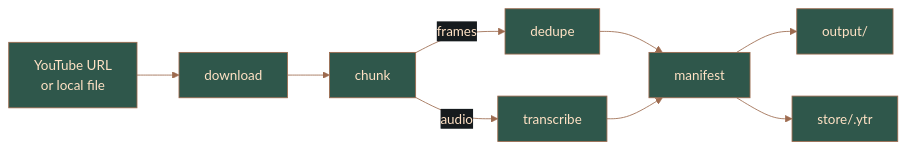
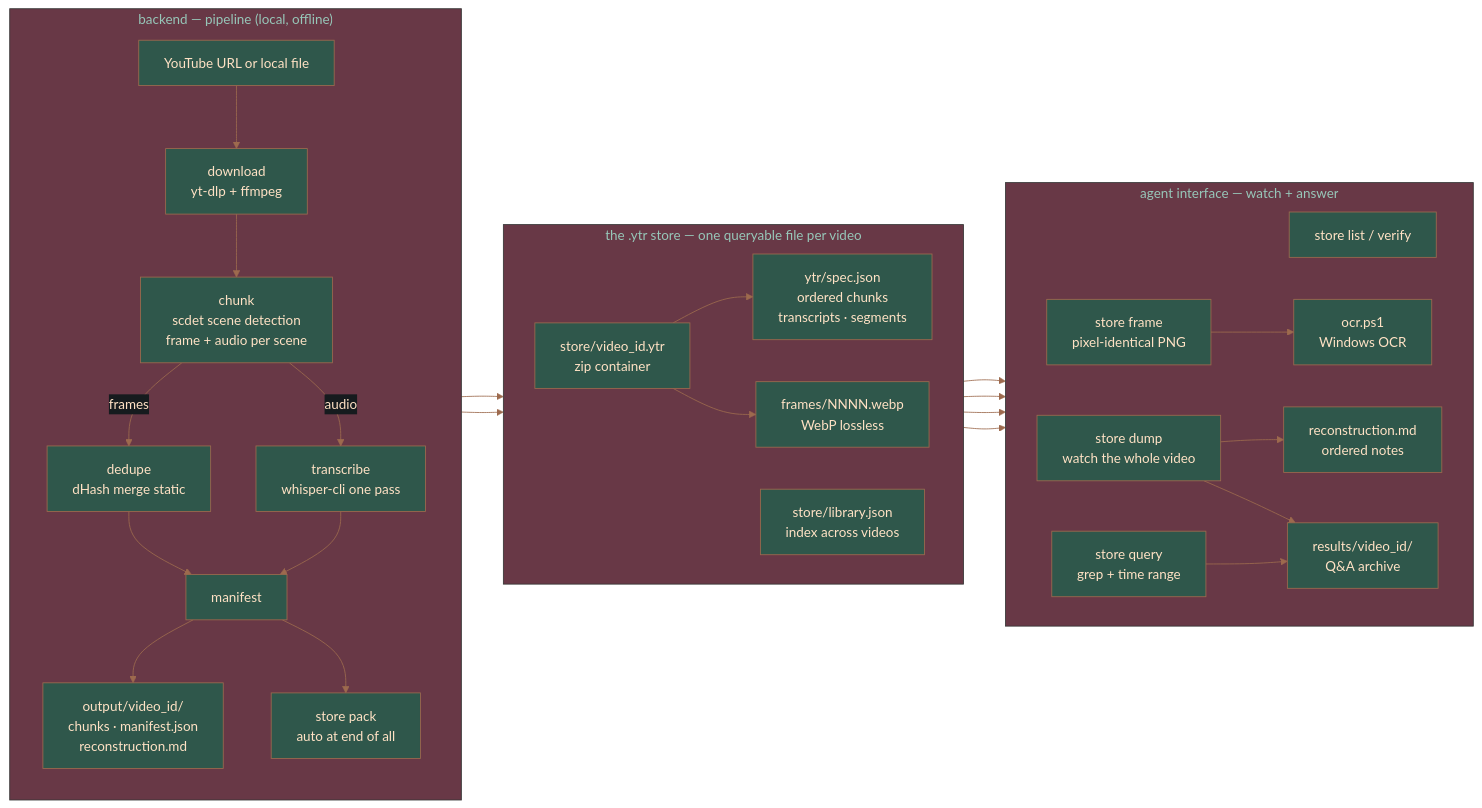
The diagram in README.md (DeanT-04/ai-watching-youtube), drawn with Mermaid before and after one commit. The commit also changed other lines of this file, not shown here.

Commit message:
README: expanded architecture diagram — full backend pipeline, .ytr store, agent surface

````diff
--- a/README.md
+++ b/README.md
@@ -108,12 +108,55 @@
 ```mermaid
 %%{init: {"theme": "base", "themeVariables": {"background": "#161b1e", "primaryColor": "#2f574b", "primaryTextColor": "#ffe2c5", "primaryBorderColor": "#9d6a4e", "lineColor": "#9d6a4e", "fontSize": "16px", "edgeLabelBackground": "#161b1e"}}}%%
 flowchart LR
-    URL["YouTube URL<br/>or local file"] --> DL["download"]
-    DL --> CH["chunk"]
-    CH -->|frames| DE["dedupe"]
-    CH -->|audio| TR["transcribe"]
-    DE --> MA["manifest"]
-    TR --> MA
-    MA --> OUT["output/"]
-    MA --> ST["store/<id>.ytr"]
+    %% nodes
+    URL["YouTube URL or local file"]
+    DL["download<br/>yt-dlp + ffmpeg"]
+    CH["chunk<br/>scdet scene detection<br/>frame + audio per scene"]
+    DE["dedupe<br/>dHash merge static"]
+    TR["transcribe<br/>whisper-cli one pass"]
+    MA["manifest"]
+    OUT["output/video_id/<br/>chunks · manifest.json<br/>reconstruction.md"]
+    PK["store pack<br/>auto at end of all"]
+    YTR["store/video_id.ytr<br/>zip container"]
+    IDX["ytr/spec.json<br/>ordered chunks<br/>transcripts · segments"]
+    FRM["frames/NNNN.webp<br/>WebP lossless"]
+    LIB["store/library.json<br/>index across videos"]
+    LST["store list / verify"]
+    DMP["store dump<br/>watch the whole video"]
+    QRY["store query<br/>grep + time range"]
+    FRA["store frame<br/>pixel-identical PNG"]
+    OCR["ocr.ps1<br/>Windows OCR"]
+    REC["reconstruction.md<br/>ordered notes"]
+    QA["results/video_id/<br/>Q&amp;A archive"]
+
+    subgraph BP["backend — pipeline (local, offline)"]
+        direction TB
+        URL --> DL --> CH
+        CH -->|frames| DE
+        CH -->|audio| TR
+        DE --> MA
+        TR --> MA
+        MA --> OUT
+        MA --> PK
+    end
+
+    subgraph YS["the .ytr store — one queryable file per video"]
+        direction LR
+        PK --> YTR
+        YTR --> IDX
+        YTR --> FRM
+        PK --> LIB
+    end
+
+    subgraph AG["agent interface — watch + answer"]
+        direction LR
+        IDX --> DMP
+        IDX --> QRY
+        FRM --> FRA
+        FRA --> OCR
+        DMP --> REC
+        DMP --> QA
+        QRY --> QA
+        LIB --> LST
+    end
 ```
````
